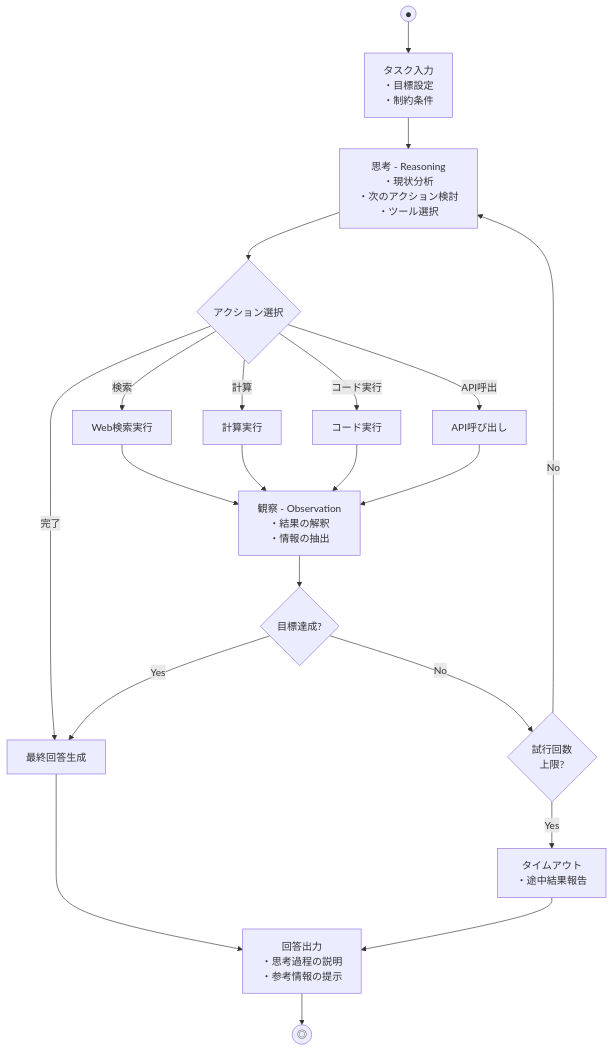
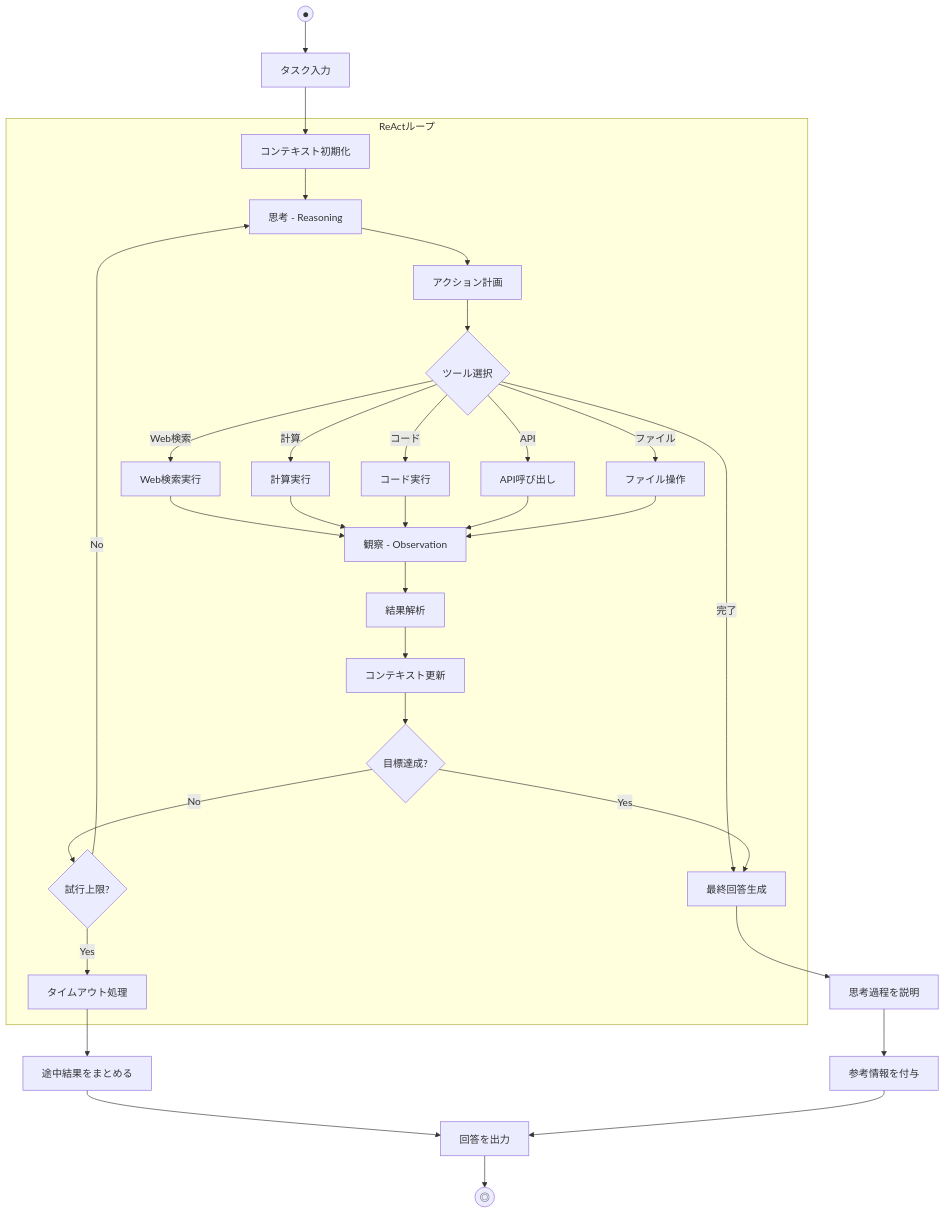
Diagram 18 of 26 in blog/2025-11-26-activity-diagram-guide.md (s-tanoue/blog), drawn with Mermaid before and after one commit. The commit also changed other lines of this file, not shown here.

First line of the commit message:
docs: アクティビティ図記事をMermaid図で全面改訂

````diff
--- a/blog/2025-11-26-activity-diagram-guide.md
+++ b/blog/2025-11-26-activity-diagram-guide.md
@@ -463,32 +472,42 @@
 ```mermaid
 flowchart TB
-    Start((●)) --> TaskInput[タスク入力\n・目標設定\n・制約条件]
+    Start((●)) --> TaskInput[タスク入力]
+    TaskInput --> InitContext[コンテキスト初期化]
 
-    TaskInput --> Think[思考 - Reasoning\n・現状分析\n・次のアクション検討\n・ツール選択]
+    subgraph ReActLoop["ReActループ"]
+        InitContext --> Think[思考 - Reasoning]
+        Think --> PlanAction[アクション計画]
+        PlanAction --> SelectTool{ツール選択}
 
-    Think --> SelectAction{アクション選択}
+        SelectTool -->|Web検索| WebSearch[Web検索実行]
+        SelectTool -->|計算| Calculator[計算実行]
+        SelectTool -->|コード| CodeExec[コード実行]
+        SelectTool -->|API| APICall[API呼び出し]
+        SelectTool -->|ファイル| FileOp[ファイル操作]
+        SelectTool -->|完了| FinalAnswer[最終回答生成]
 
-    SelectAction -->|検索| Search[Web検索実行]
-    SelectAction -->|計算| Calculate[計算実行]
-    SelectAction -->|コード実行| Execute[コード実行]
-    SelectAction -->|API呼出| APICall[API呼び出し]
-    SelectAction -->|完了| FinalAnswer[最終回答生成]
+        WebSearch --> Observe[観察 - Observation]
+        Calculator --> Observe
+        CodeExec --> Observe
+        APICall --> Observe
+        FileOp --> Observe
 
-    Search --> Observe[観察 - Observation\n・結果の解釈\n・情報の抽出]
-    Calculate --> Observe
-    Execute --> Observe
-    APICall --> Observe
+        Observe --> ParseResult[結果解析]
+        ParseResult --> UpdateContext[コンテキスト更新]
+        UpdateContext --> GoalCheck{目標達成?}
 
-    Observe --> GoalCheck{目標達成?}
+        GoalCheck -->|No| LimitCheck{試行上限?}
+        LimitCheck -->|No| Think
+        LimitCheck -->|Yes| Timeout[タイムアウト処理]
+        GoalCheck -->|Yes| FinalAnswer
+    end
 
-    GoalCheck -->|No| CheckLimit{試行回数\n上限?}
-    CheckLimit -->|No| Think
-    CheckLimit -->|Yes| Timeout[タイムアウト\n・途中結果報告]
+    Timeout --> PartialResult[途中結果をまとめる]
+    PartialResult --> Output
 
-    GoalCheck -->|Yes| FinalAnswer
-
-    FinalAnswer --> Output[回答出力\n・思考過程の説明\n・参考情報の提示]
-    Timeout --> Output
+    FinalAnswer --> Explain[思考過程を説明]
+    Explain --> AddReferences[参考情報を付与]
+    AddReferences --> Output[回答を出力]
 
     Output --> End3((◎))
 ```
````
